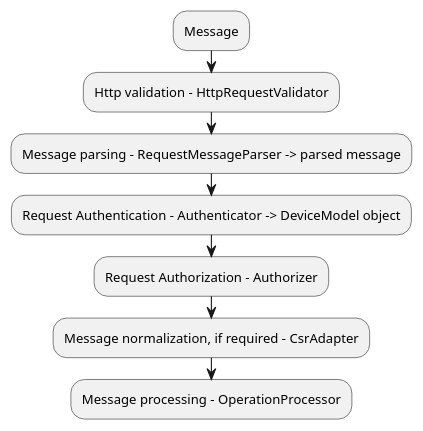
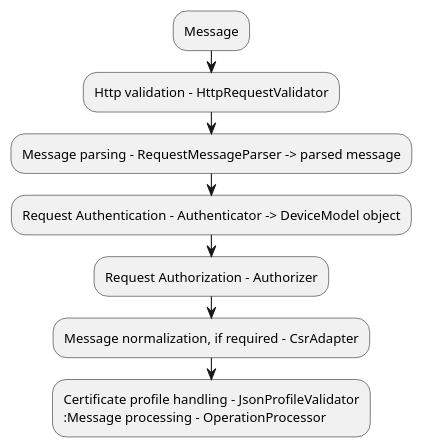
Before and after one commit to Trustpoint-Project/trustpoint: the first of 6 diagrams in docs/source/development/architecture/credentials.rst, drawn with PlantUML. The commit also changed 8 other files, not shown here.

```diff
--- a/docs/source/development/architecture/credentials.rst
+++ b/docs/source/development/architecture/credentials.rst
@@ -10,9 +10,10 @@
 .. uml::
 
    :Message;
    :Http validation - HttpRequestValidator;
    :Message parsing - RequestMessageParser -> parsed message;
    :Request Authentication - Authenticator -> DeviceModel object;
    :Request Authorization - Authorizer;
-   :Message normalization, if required - CsrAdapter; 
+   :Message normalization, if required - CsrAdapter;
+   :Certificate profile handling - JsonProfileValidator
    :Message processing - OperationProcessor;
```
